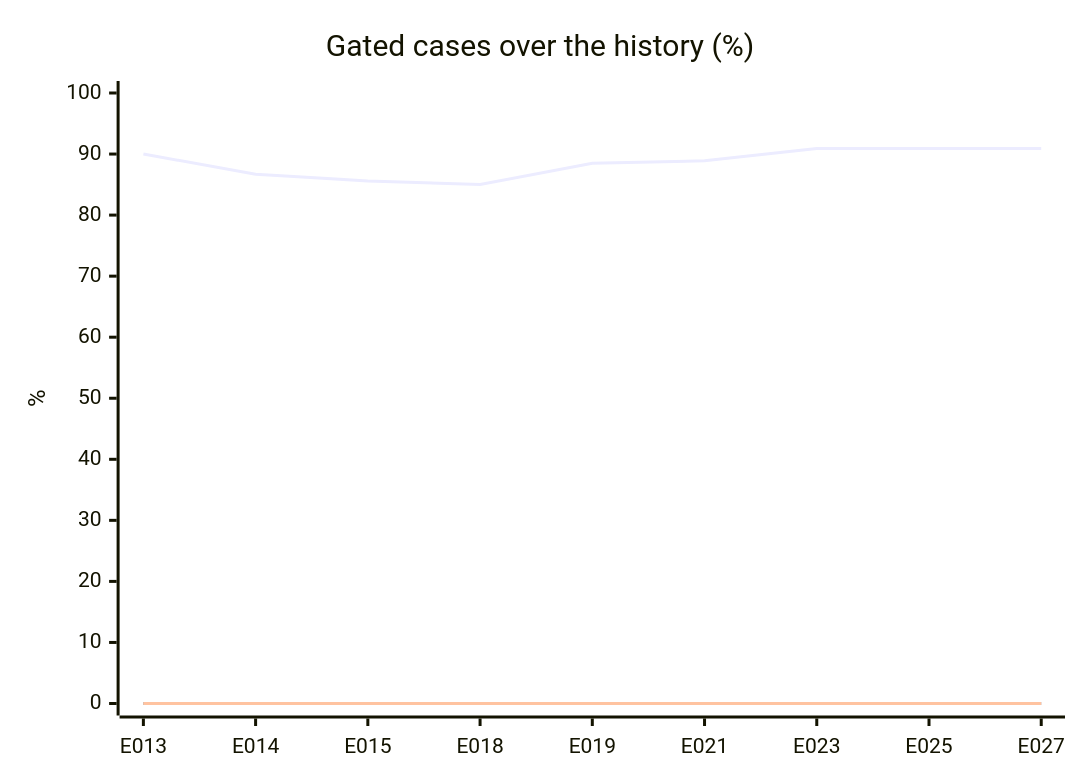
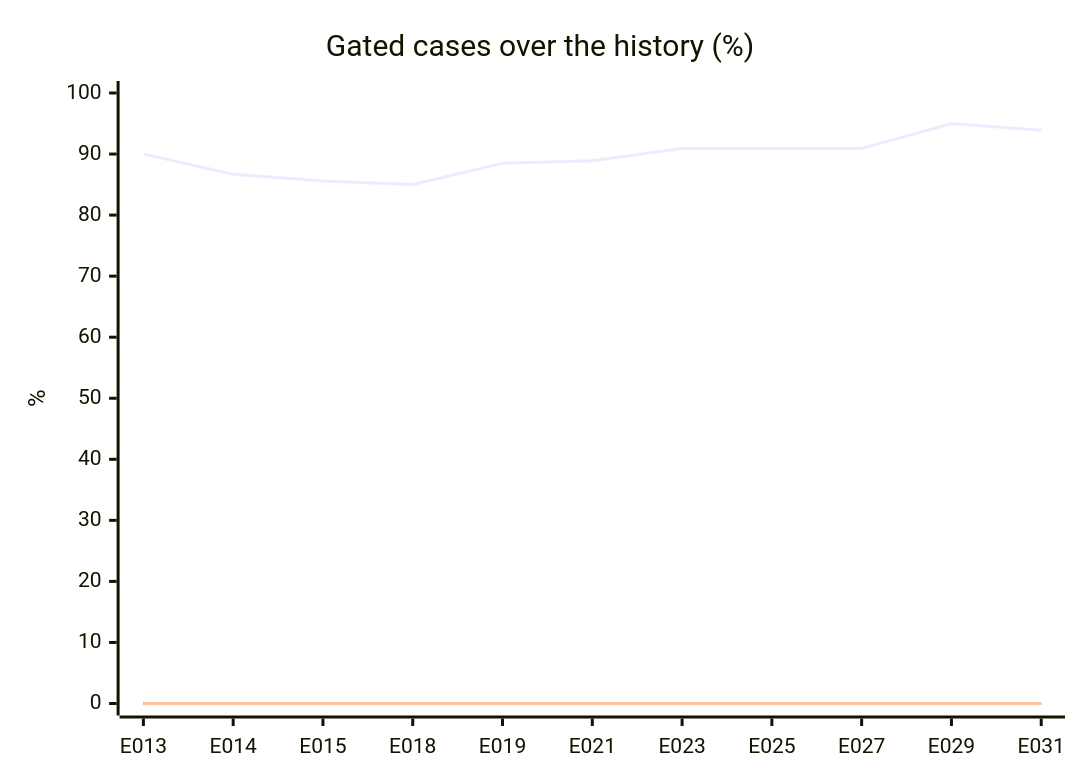
One commit to acarbonellb/anti-fraud-agent changed the first of 2 diagrams in evals/report.md. Above: the diagram before and after it, drawn with Mermaid. The commit also changed other lines of this file and 216 other files, not shown here.

````diff
--- a/evals/report.md
+++ b/evals/report.md
@@ -52,9 +56,9 @@
 ```mermaid
 xychart-beta
   title "Gated cases over the history (%)"
-  x-axis [E013, E014, E015, E018, E019, E021, E023, E025, E027]
+  x-axis [E013, E014, E015, E018, E019, E021, E023, E025, E027, E029, E031]
   y-axis "%" 0 --> 100
-  line [90, 86.7, 85.6, 85, 88.5, 88.9, 90.9, 90.9, 90.9]
-  line [0, 0, 0, 0, 0, 0, 0, 0, 0]
-  line [0, 0, 0, 0, 0, 0, 0, 0, 0]
+  line [90, 86.7, 85.6, 85, 88.5, 88.9, 90.9, 90.9, 90.9, 95, 93.9]
+  line [0, 0, 0, 0, 0, 0, 0, 0, 0, 0, 0]
+  line [0, 0, 0, 0, 0, 0, 0, 0, 0, 0, 0]
 ```
````
